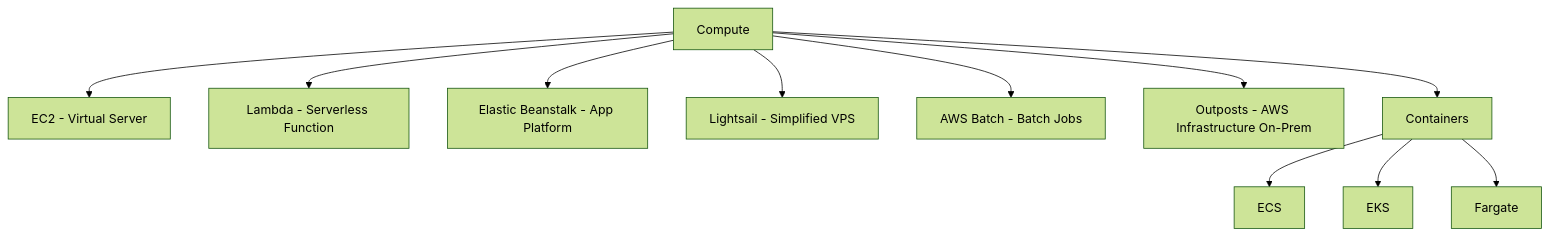
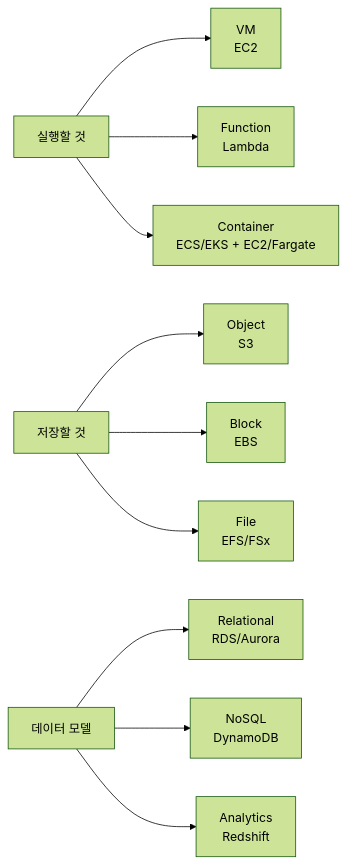
One commit to noir1458/noir1458.github.io changed the first of 5 diagrams in content/posts/02.Security/aws/aws-ccp-3/index.md. Above: the diagram before and after it, drawn with Mermaid (forest theme). The commit also changed other lines of this file and 4 other files, not shown here.

````diff
--- a/content/posts/02.Security/aws/aws-ccp-3/index.md
+++ b/content/posts/02.Security/aws/aws-ccp-3/index.md
@@ -19,14 +20,12 @@
 ```mermaid
-flowchart TD
-    C[Compute]
-    C --> EC2[EC2 - Virtual Server]
-    C --> L[Lambda - Serverless Function]
-    C --> EB[Elastic Beanstalk - App Platform]
-    C --> LS[Lightsail - Simplified VPS]
-    C --> B[AWS Batch - Batch Jobs]
-    C --> OUT[Outposts - AWS Infrastructure On-Prem]
-    C --> CON[Containers]
-    CON --> ECS[ECS]
-    CON --> EKS[EKS]
-    CON --> FG[Fargate]
+flowchart LR
+    C[실행할 것] --> VM[VM<br/>EC2]
+    C --> FN[Function<br/>Lambda]
+    C --> CT[Container<br/>ECS/EKS + EC2/Fargate]
+    S[저장할 것] --> O[Object<br/>S3]
+    S --> B[Block<br/>EBS]
+    S --> F[File<br/>EFS/FSx]
+    D[데이터 모델] --> R[Relational<br/>RDS/Aurora]
+    D --> N[NoSQL<br/>DynamoDB]
+    D --> A[Analytics<br/>Redshift]
 ```
````
